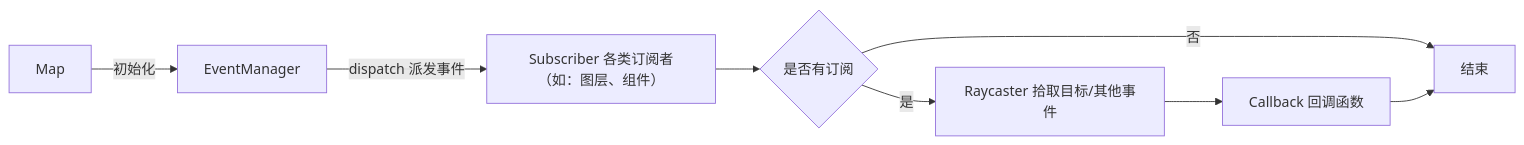
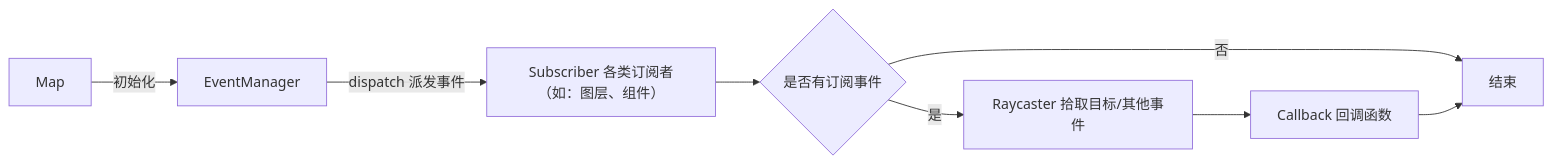
The second of 4 diagrams in docs/architecture.md (Gao-Jinlong/game-map-engine), drawn with Mermaid before and after one commit. The commit also changed other lines of this file, not shown here.

Commit message:
docs: architecture

````diff
--- a/docs/architecture.md
+++ b/docs/architecture.md
@@ -239,10 +240,10 @@
 ```mermaid
     flowchart LR
     Map[Map] --初始化--> EventManager[EventManager]
     EventManager --dispatch 派发事件--> Subscriber[Subscriber 各类订阅者（如：图层、组件）]
-    Subscriber --> haveSub{是否有订阅}
+    Subscriber --> haveSub{是否有订阅事件}
     haveSub -->|是| Raycaster[Raycaster 拾取目标/其他事件]
     haveSub -->|否| End[结束]
     Raycaster --> Callback[Callback 回调函数]
     Callback --> End
 ```
````
